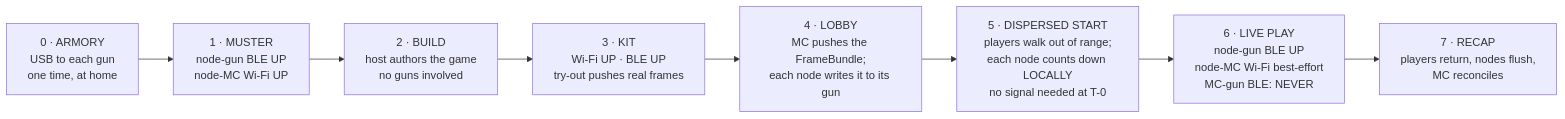
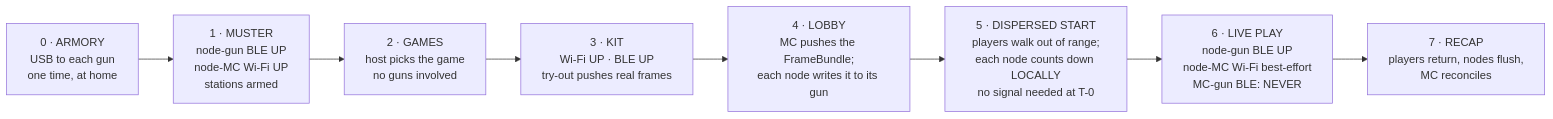
One commit to tony99nyr/open-brx changed the fourth of 5 diagrams in docs/architecture-topology.md. Above: the diagram before and after it, drawn with Mermaid. The commit also changed other lines of this file and 53 other files, not shown here.

````diff
--- a/docs/architecture-topology.md
+++ b/docs/architecture-topology.md
@@ -172,12 +160,12 @@
 ```mermaid
 flowchart LR
   A["0 · ARMORY<br/>USB to each gun<br/>one time, at home"]
-  B["1 · MUSTER<br/>node-gun BLE UP<br/>node-MC Wi-Fi UP"]
-  C["2 · BUILD<br/>host authors the game<br/>no guns involved"]
+  B["1 · MUSTER<br/>node-gun BLE UP<br/>node-MC Wi-Fi UP<br/>stations armed"]
+  C["2 · GAMES<br/>host picks the game<br/>no guns involved"]
   D["3 · KIT<br/>Wi-Fi UP · BLE UP<br/>try-out pushes real frames"]
   E["4 · LOBBY<br/>MC pushes the FrameBundle;<br/>each node writes it to its gun"]
   F["5 · DISPERSED START<br/>players walk out of range;<br/>each node counts down LOCALLY<br/>no signal needed at T-0"]
   G["6 · LIVE PLAY<br/>node-gun BLE UP<br/>node-MC Wi-Fi best-effort<br/>MC-gun BLE: NEVER"]
   H["7 · RECAP<br/>players return, nodes flush,<br/>MC reconciles"]
   A --> B --> C --> D --> E --> F --> G --> H
 ```
````
